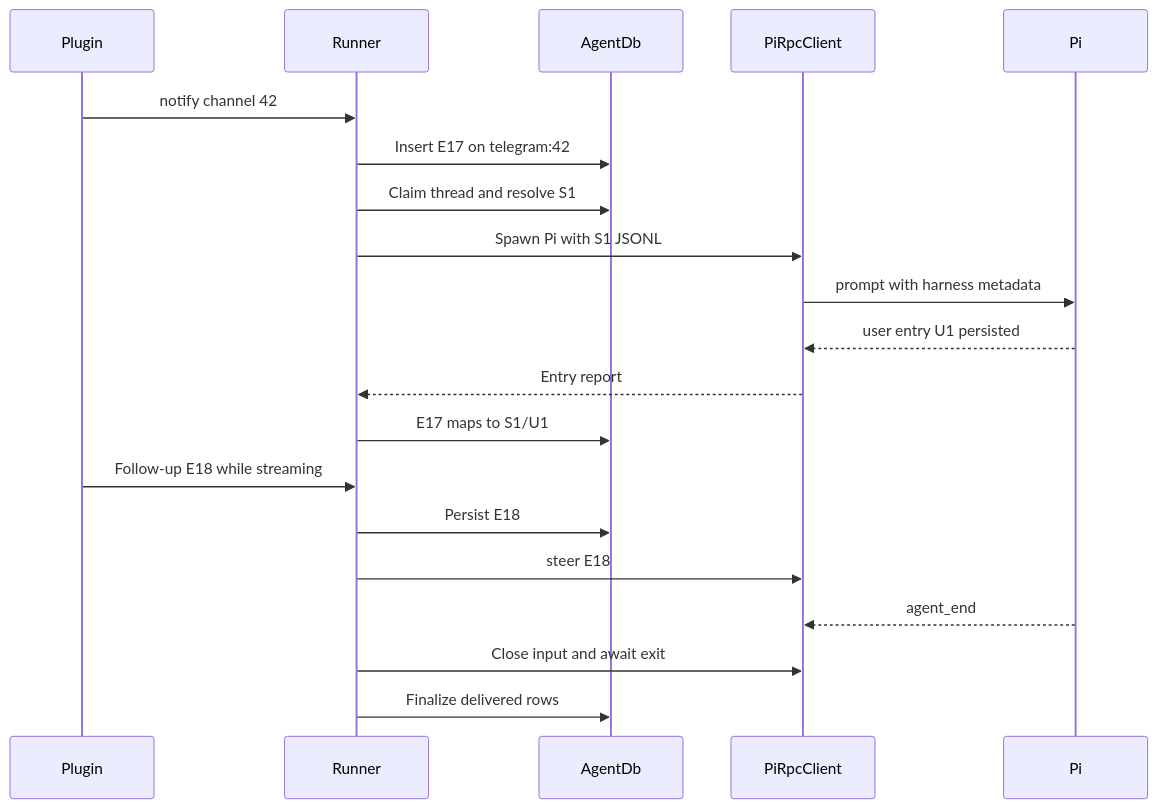
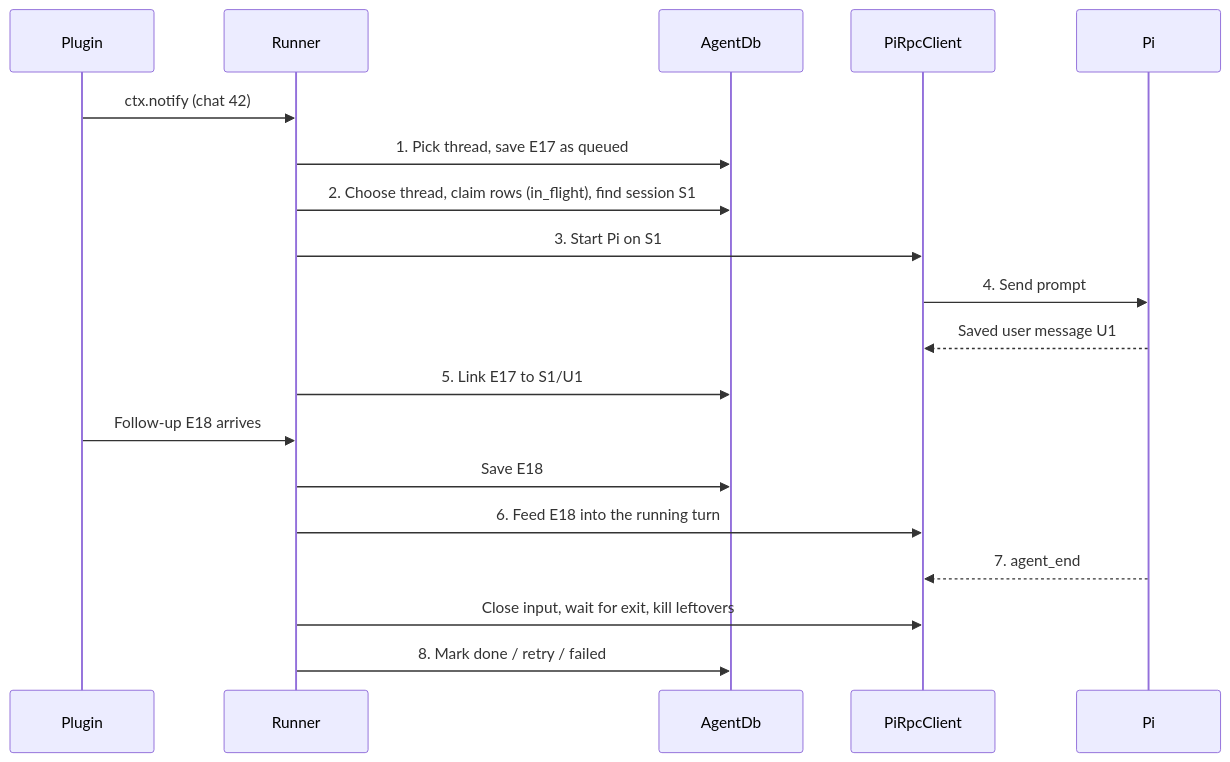
Before and after one commit to cognisphere-sh/cognisphere-harness: the fifth of 7 diagrams in docs/low-level/core.md, drawn with Mermaid. The commit also changed other lines of this file and 19 other files, not shown here.

First line of the commit message:
Update core implementation roadmap with revised delivery order and agent configuration details

````diff
--- a/docs/low-level/core.md
+++ b/docs/low-level/core.md
@@ -90,22 +194,21 @@
 ```mermaid
 sequenceDiagram
     participant Plugin
     participant Runner
     participant DB as AgentDb
     participant RPC as PiRpcClient
     participant Pi
-    Plugin->>Runner: notify channel 42
-    Runner->>DB: Insert E17 on telegram:42
-    Runner->>DB: Claim thread and resolve S1
-    Runner->>RPC: Spawn Pi with S1 JSONL
-    RPC->>Pi: prompt with harness metadata
-    Pi-->>RPC: user entry U1 persisted
-    RPC-->>Runner: Entry report
-    Runner->>DB: E17 maps to S1/U1
-    Plugin->>Runner: Follow-up E18 while streaming
-    Runner->>DB: Persist E18
-    Runner->>RPC: steer E18
-    Pi-->>RPC: agent_end
-    Runner->>RPC: Close input and await exit
-    Runner->>DB: Finalize delivered rows
+    Plugin->>Runner: ctx.notify (chat 42)
+    Runner->>DB: 1. Pick thread, save E17 as queued
+    Runner->>DB: 2. Choose thread, claim rows (in_flight), find session S1
+    Runner->>RPC: 3. Start Pi on S1
+    RPC->>Pi: 4. Send prompt
+    Pi-->>RPC: Saved user message U1
+    Runner->>DB: 5. Link E17 to S1/U1
+    Plugin->>Runner: Follow-up E18 arrives
+    Runner->>DB: Save E18
+    Runner->>RPC: 6. Feed E18 into the running turn
+    Pi-->>RPC: 7. agent_end
+    Runner->>RPC: Close input, wait for exit, kill leftovers
+    Runner->>DB: 8. Mark done / retry / failed
 ```
````
